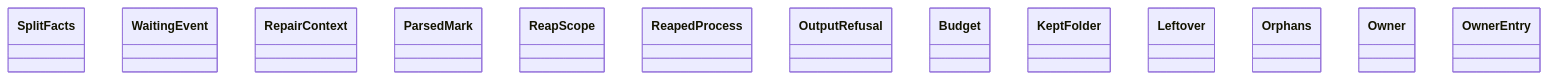
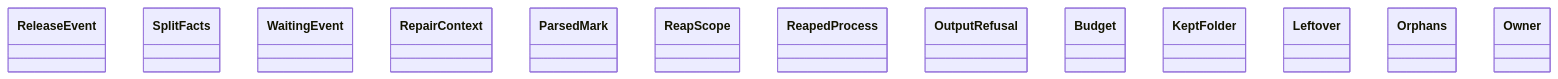
The diagram in docs/architecture/generated/classes-process-domain-machine-2.md (GonzaloZevallos/agentic-system), drawn with Mermaid before and after one commit. The commit also changed other lines of this file and 22 other files, not shown here.

First line of the commit message:
Split an adapter kind's package page by count when it is over the diagram budget; register GithubCache in the conformance inventory

````diff
--- a/docs/architecture/generated/classes-process-domain-machine-2.md
+++ b/docs/architecture/generated/classes-process-domain-machine-2.md
@@ -33,16 +33,16 @@
 ```mermaid
 classDiagram
+    class notify__ReleaseEvent["ReleaseEvent"]
     class notify__SplitFacts["SplitFacts"]
     class notify__WaitingEvent["WaitingEvent"]
     class output_repair__RepairContext["RepairContext"]
     class reaping__ParsedMark["ParsedMark"]
     class reaping__ReapScope["ReapScope"]
     class reaping__ReapedProcess["ReapedProcess"]
     class refusal__OutputRefusal["OutputRefusal"]
     class retakes__Budget["Budget"]
     class scratch__KeptFolder["KeptFolder"]
     class scratch__Leftover["Leftover"]
     class scratch__Orphans["Orphans"]
     class scratch__Owner["Owner"]
-    class scratch__OwnerEntry["OwnerEntry"]
 ```
````
